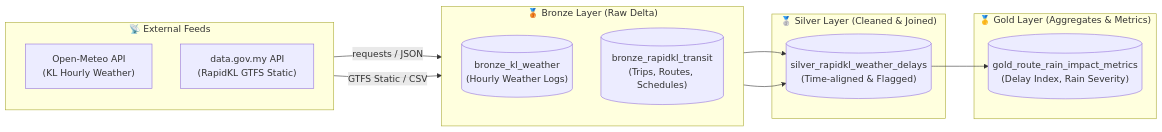
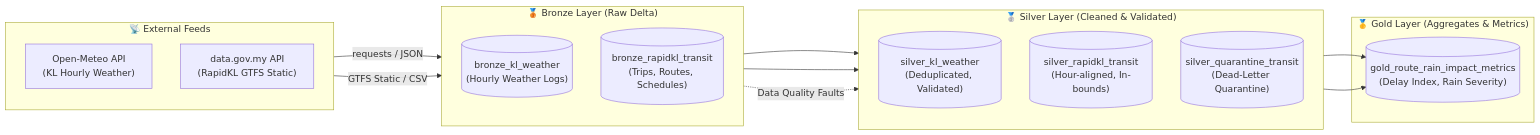
Before and after one commit to ReapZaysh/klang-valley-transit-weather-pipeline: the diagram in README.md, drawn with Mermaid. The commit also changed other lines of this file, not shown here.

Commit message:
docs: update README with Silver layer architecture, quarantine pattern, and repository layout

````diff
--- a/README.md
+++ b/README.md
@@ -14,28 +14,33 @@
 ```mermaid
 flowchart LR
     subgraph Raw_Sources["📡 External Feeds"]
         direction TB
         W["Open-Meteo API<br/>(KL Hourly Weather)"]
         T["data.gov.my API<br/>(RapidKL GTFS Static)"]
     end
 
     subgraph Bronze["🥉 Bronze Layer (Raw Delta)"]
         direction TB
         BW[("bronze_kl_weather<br/>(Hourly Weather Logs)")]
         BT[("bronze_rapidkl_transit<br/>(Trips, Routes, Schedules)")]
     end
 
-    subgraph Silver["🥈 Silver Layer (Cleaned & Joined)"]
-        S[("silver_rapidkl_weather_delays<br/>(Time-aligned & Flagged)")]
+    subgraph Silver["🥈 Silver Layer (Cleaned & Validated)"]
+        direction TB
+        SW[("silver_kl_weather<br/>(Deduplicated, Validated)")]
+        ST[("silver_rapidkl_transit<br/>(Hour-aligned, In-bounds)")]
+        SQ[("silver_quarantine_transit<br/>(Dead-Letter Quarantine)")]
     end
 
     subgraph Gold["🥇 Gold Layer (Aggregates & Metrics)"]
         G[("gold_route_rain_impact_metrics<br/>(Delay Index, Rain Severity)")]
     end
 
     W -->|requests / JSON| BW
     T -->|GTFS Static / CSV| BT
-    BW --> S
-    BT --> S
-    S --> G
+    BW --> SW
+    BT --> ST
+    BT -.->|Data Quality Faults| SQ
+    SW --> G
+    ST --> G
 ```
````
